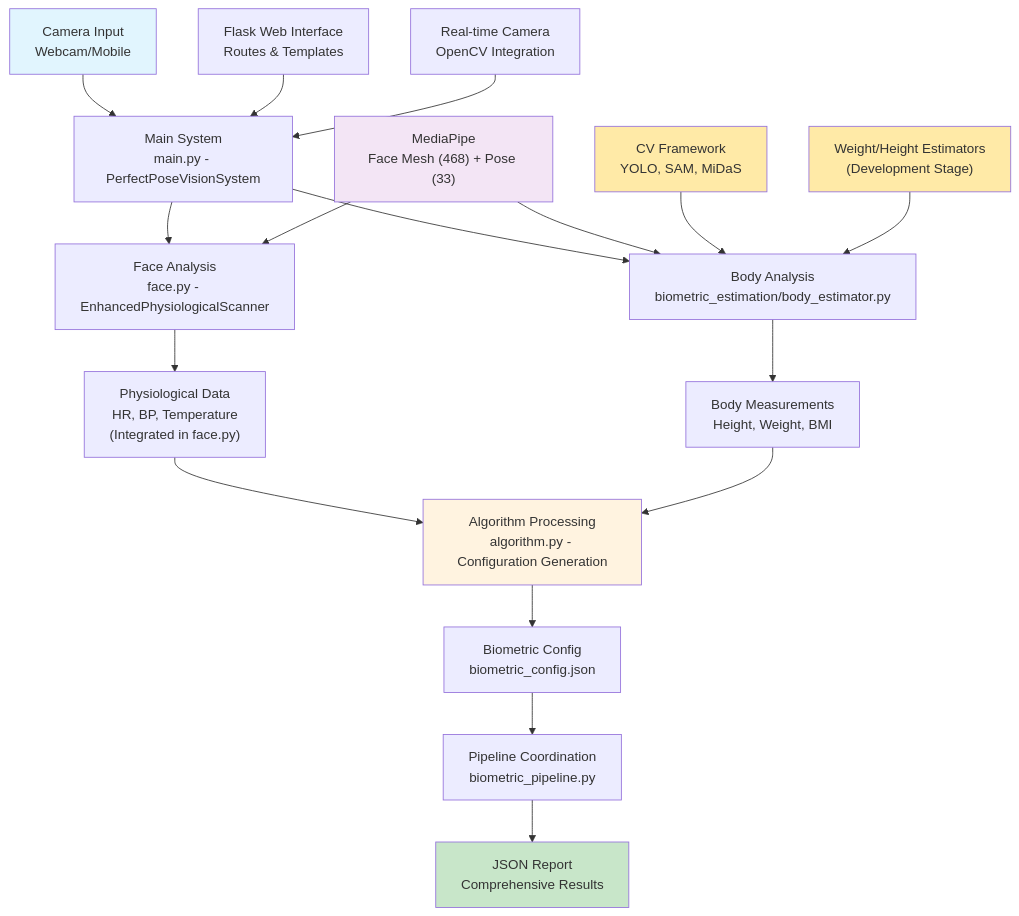
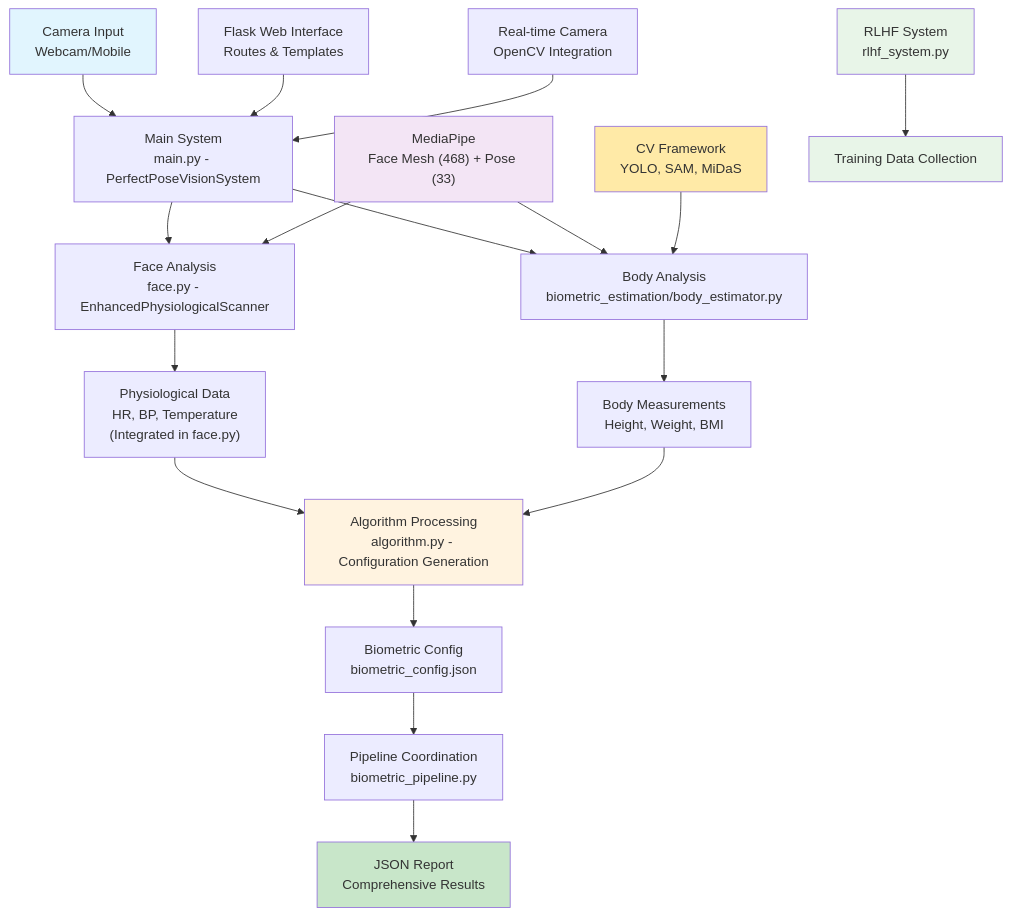
The first of 4 diagrams in README.md (mgkram4/doc), drawn with Mermaid before and after one commit. The commit also changed other lines of this file, not shown here.

````diff
--- a/README.md
+++ b/README.md
@@ -13,31 +15,32 @@
 ```mermaid
 graph TD
     A["Camera Input<br/>Webcam/Mobile"] --> B["Main System<br/>main.py - PerfectPoseVisionSystem"]
     B --> C["Face Analysis<br/>face.py - EnhancedPhysiologicalScanner"]
     B --> D["Body Analysis<br/>biometric_estimation/body_estimator.py"]
     
     C --> E["Physiological Data<br/>HR, BP, Temperature<br/>(Integrated in face.py)"]
     D --> F["Body Measurements<br/>Height, Weight, BMI"]
     
     E --> G["Algorithm Processing<br/>algorithm.py - Configuration Generation"]
     F --> G
     G --> H["Biometric Config<br/>biometric_config.json"]
     
     H --> I["Pipeline Coordination<br/>biometric_pipeline.py"]
     I --> J["JSON Report<br/>Comprehensive Results"]
     
     K["MediaPipe<br/>Face Mesh (468) + Pose (33)"] --> C
     K --> D
     L["CV Framework<br/>YOLO, SAM, MiDaS"] --> D
-    M["Weight/Height Estimators<br/>(Development Stage)"] --> D
+    M["RLHF System<br/>rlhf_system.py"] --> N["Training Data Collection"]
     
-    N["Flask Web Interface<br/>Routes & Templates"] --> B
-    O["Real-time Camera<br/>OpenCV Integration"] --> B
+    O["Flask Web Interface<br/>Routes & Templates"] --> B
+    P["Real-time Camera<br/>OpenCV Integration"] --> B
     
     style A fill:#e1f5fe
     style J fill:#c8e6c9
     style G fill:#fff3e0
     style K fill:#f3e5f5
     style L fill:#ffeaa7
-    style M fill:#ffeaa7
+    style M fill:#e8f5e8
+    style N fill:#e8f5e8
 ```
````
